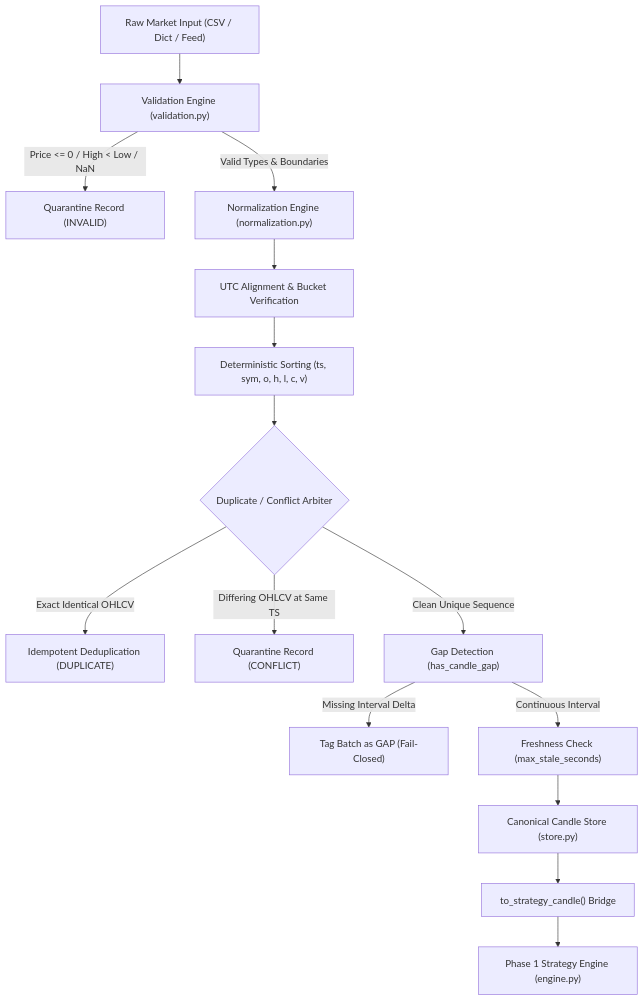
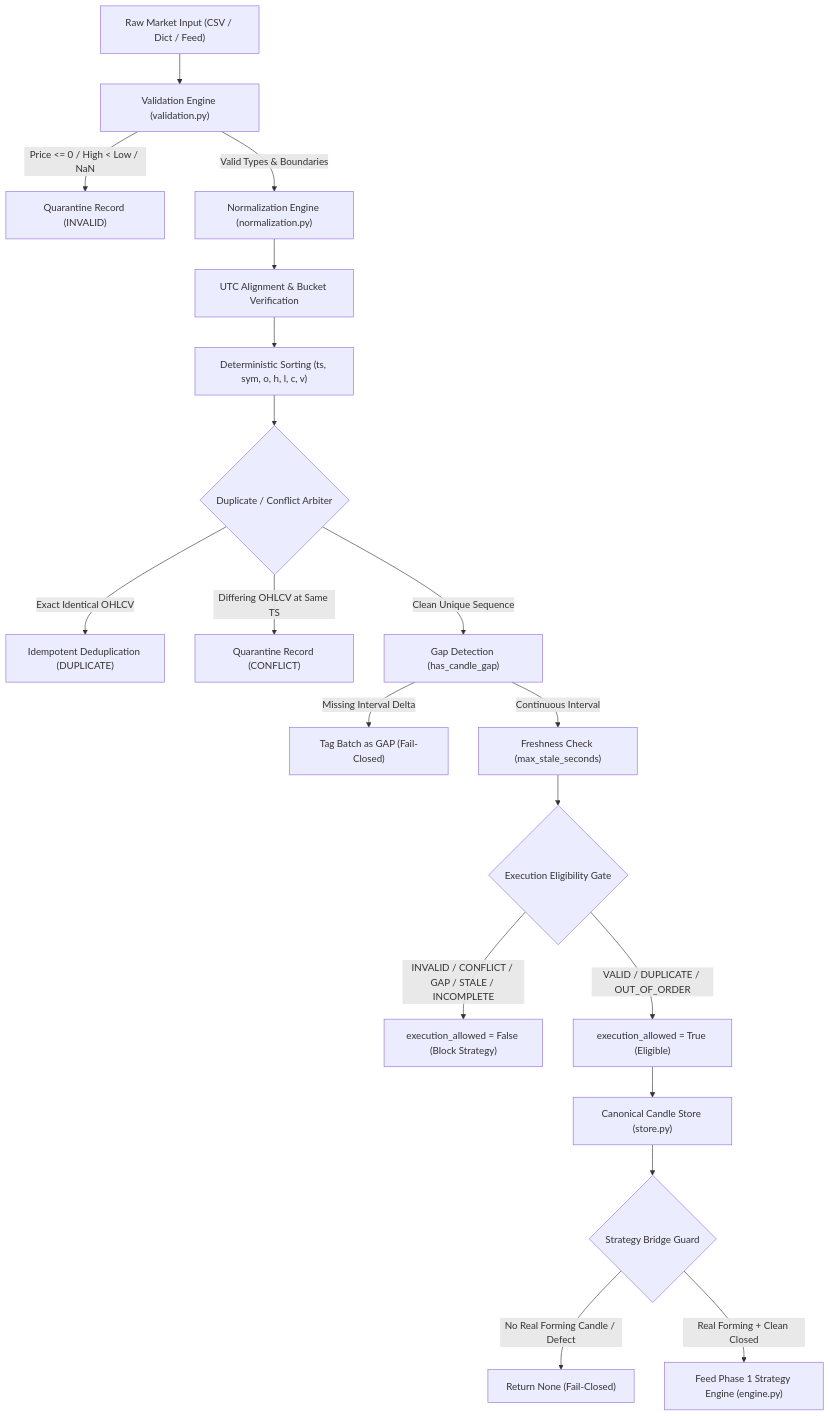
Before and after one commit to Sudhirsd19/AlphaForge: the diagram in docs/DATA_GOVERNANCE.md, drawn with Mermaid. The commit also changed other lines of this file and 14 other files, not shown here.

Commit message:
fix(data): harden phase 2 execution eligibility

````diff
--- a/docs/DATA_GOVERNANCE.md
+++ b/docs/DATA_GOVERNANCE.md
@@ -29,17 +35,21 @@
 ```mermaid
 flowchart TD
     Raw["Raw Market Input (CSV / Dict / Feed)"] --> Val["Validation Engine (validation.py)"]
     Val -->|Price <= 0 / High < Low / NaN| Q_Inv["Quarantine Record (INVALID)"]
     Val -->|Valid Types & Boundaries| Norm["Normalization Engine (normalization.py)"]
     Norm --> Align["UTC Alignment & Bucket Verification"]
     Align --> Sort["Deterministic Sorting (ts, sym, o, h, l, c, v)"]
     Sort --> Arbiter{"Duplicate / Conflict Arbiter"}
     Arbiter -->|Exact Identical OHLCV| Dedup["Idempotent Deduplication (DUPLICATE)"]
     Arbiter -->|Differing OHLCV at Same TS| Q_Conf["Quarantine Record (CONFLICT)"]
     Arbiter -->|Clean Unique Sequence| Gap["Gap Detection (has_candle_gap)"]
     Gap -->|Missing Interval Delta| Tag_Gap["Tag Batch as GAP (Fail-Closed)"]
     Gap -->|Continuous Interval| Fresh["Freshness Check (max_stale_seconds)"]
-    Fresh --> Store["Canonical Candle Store (store.py)"]
-    Store --> Bridge["to_strategy_candle() Bridge"]
-    Bridge --> Strat["Phase 1 Strategy Engine (engine.py)"]
+    Fresh --> Gate{"Execution Eligibility Gate"}
+    Gate -->|INVALID / CONFLICT / GAP / STALE / INCOMPLETE| Block["execution_allowed = False (Block Strategy)"]
+    Gate -->|VALID / DUPLICATE / OUT_OF_ORDER| Pass["execution_allowed = True (Eligible)"]
+    Pass --> Store["Canonical Candle Store (store.py)"]
+    Store --> Bridge{"Strategy Bridge Guard"}
+    Bridge -->|No Real Forming Candle / Defect| RetNone["Return None (Fail-Closed)"]
+    Bridge -->|Real Forming + Clean Closed| Feed["Feed Phase 1 Strategy Engine (engine.py)"]
 ```
````
